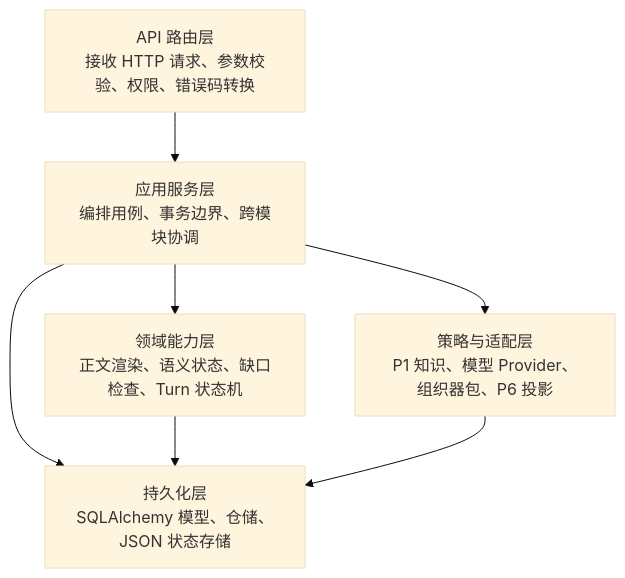
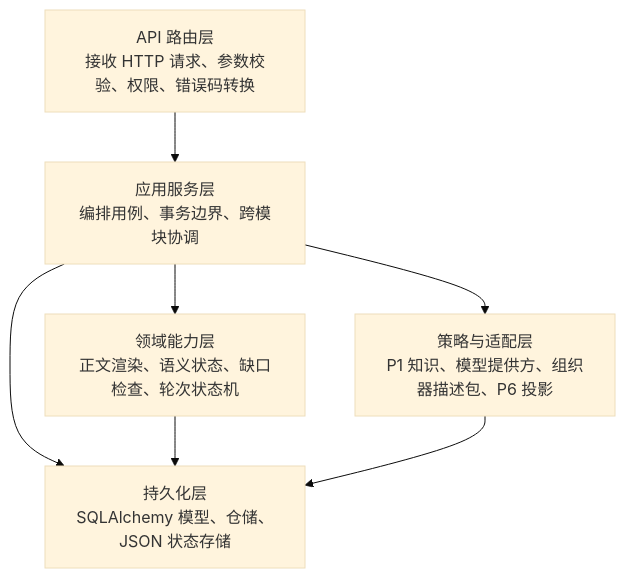
One commit to wgwtest/CodeFactoryV2 changed the third of 18 diagrams in DOC/CODEX_DOC/02_设计说明/P2_需求分析系统/P2-需求分析系统设计.md. Above: the diagram before and after it, drawn with Mermaid (base theme). The commit also changed other lines of this file, not shown here.

````diff
--- a/DOC/CODEX_DOC/02_设计说明/P2_需求分析系统/P2-需求分析系统设计.md
+++ b/DOC/CODEX_DOC/02_设计说明/P2_需求分析系统/P2-需求分析系统设计.md
@@ -547,15 +563,15 @@
 ```mermaid
 flowchart TB
   L1["API 路由层<br/>接收 HTTP 请求、参数校验、权限、错误码转换"]
   L2["应用服务层<br/>编排用例、事务边界、跨模块协调"]
-  L3["领域能力层<br/>正文渲染、语义状态、缺口检查、Turn 状态机"]
-  L4["策略与适配层<br/>P1 知识、模型 Provider、组织器包、P6 投影"]
+  L3["领域能力层<br/>正文渲染、语义状态、缺口检查、轮次状态机"]
+  L4["策略与适配层<br/>P1 知识、模型提供方、组织器描述包、P6 投影"]
   L5["持久化层<br/>SQLAlchemy 模型、仓储、JSON 状态存储"]
 
   L1 --> L2
   L2 --> L3
   L2 --> L4
   L2 --> L5
   L3 --> L5
   L4 --> L5
 ```
````
